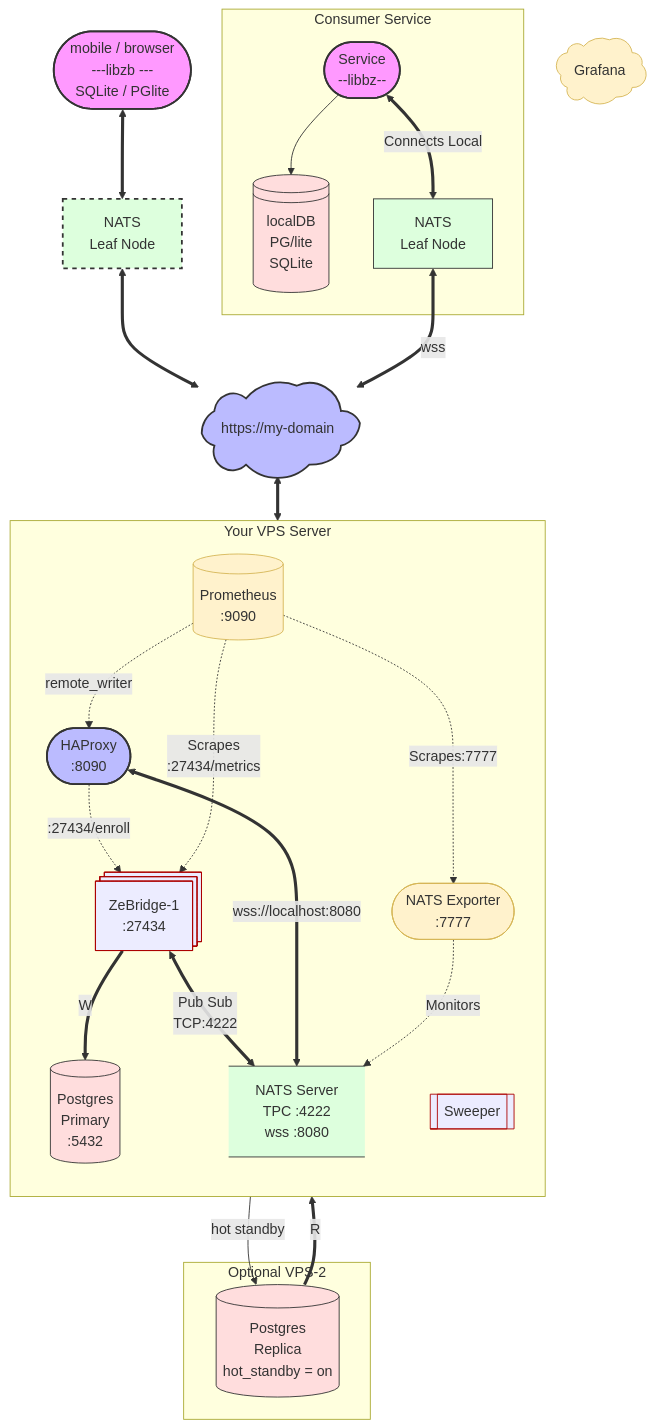
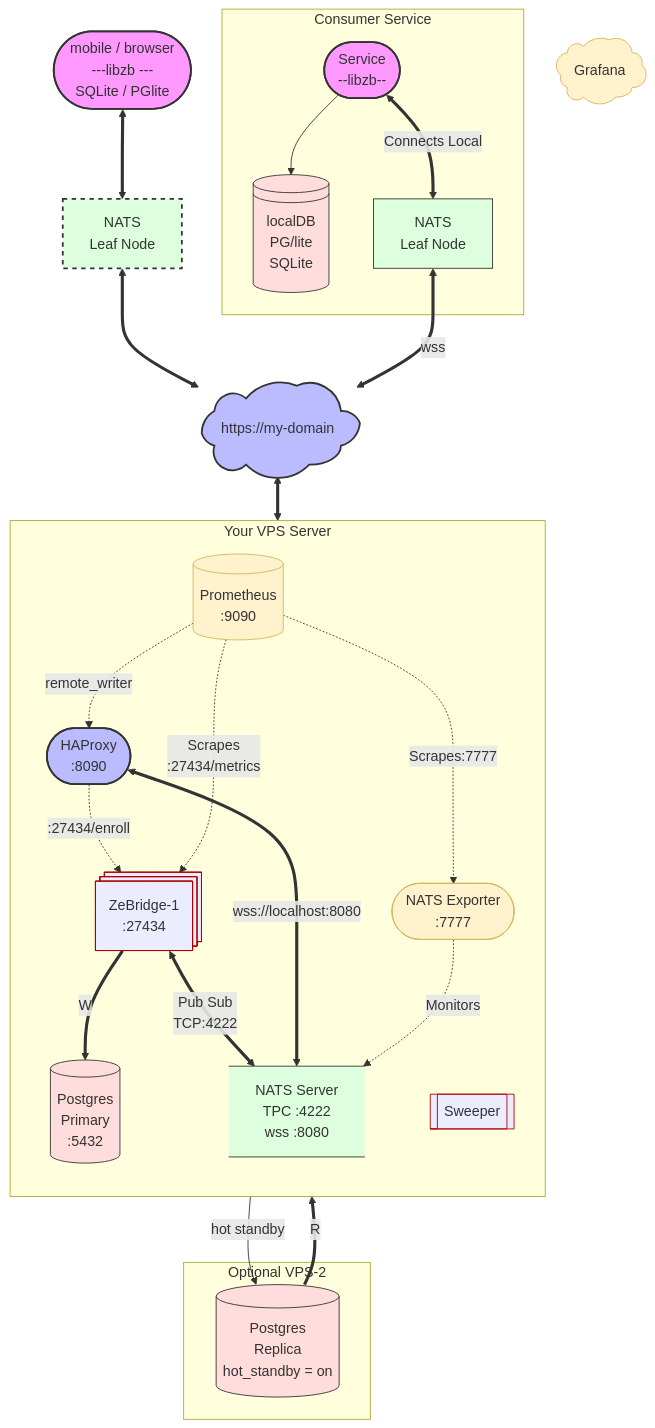
The second of 2 diagrams in README.md (ndrean/ZeBridge), drawn with Mermaid before and after one commit. The commit also changed other lines of this file and 6 other files, not shown here.

```diff
--- a/README.md
+++ b/README.md
@@ -221,7 +228,7 @@
     LocalDB@{shape: lin-cyl}
     RemoteLeaf[NATS<br>Leaf Node]:::internal
     RemoteLeaf2[NATS<br>Leaf Node]:::maybe_external
-    Consumer([Service <br> --libbz--]):::external
+    Consumer([Service <br> --libzb--]):::external
     Grafana([Grafana]):::telemetry
     Grafana@{ shape: cloud}
 
```
